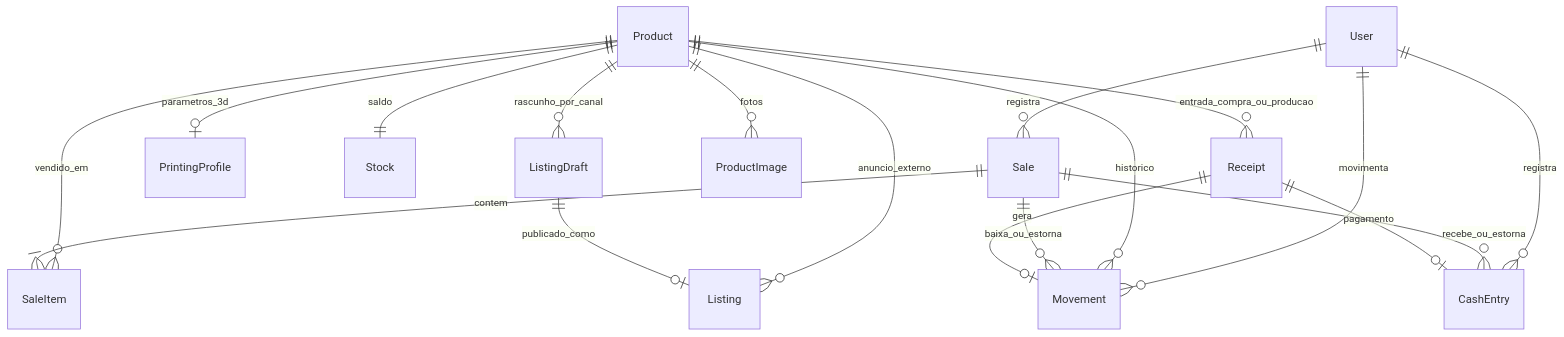
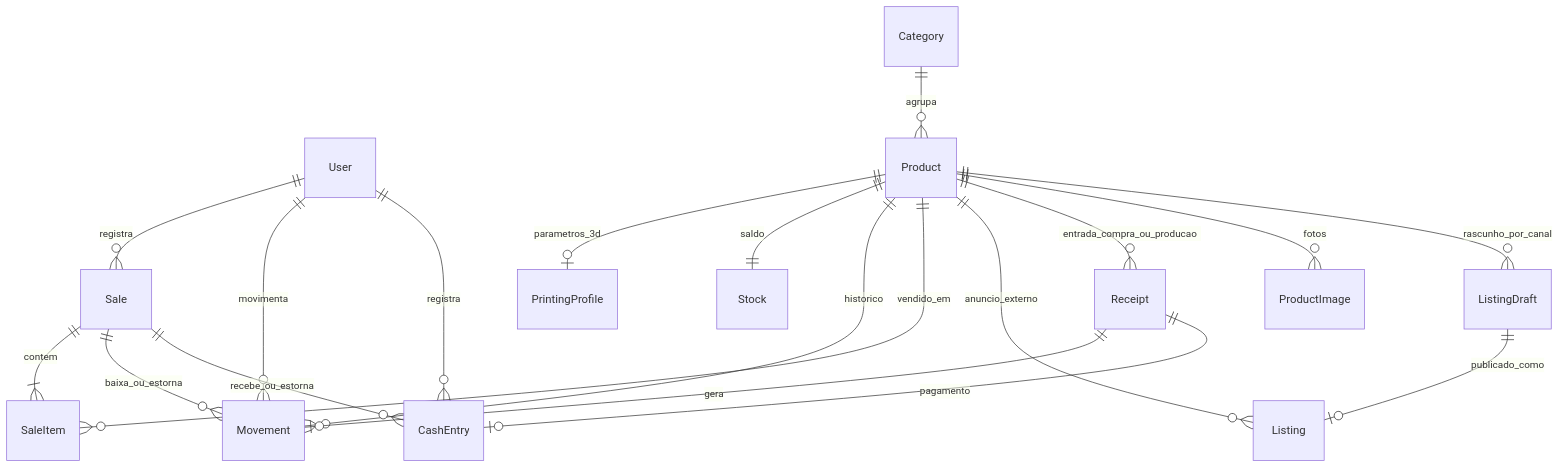
One commit to jpjamal/jalapao-store changed the second of 2 diagrams in docs/architecture.md. Above: the diagram before and after it, drawn with Mermaid. The commit also changed other lines of this file and 35 other files, not shown here.

````diff
--- a/docs/architecture.md
+++ b/docs/architecture.md
@@ -30,20 +30,21 @@
 ```mermaid
 erDiagram
   User ||--o{ Sale : registra
   User ||--o{ Movement : movimenta
   User ||--o{ CashEntry : registra
+  Category ||--o{ Product : agrupa
   Product ||--o| PrintingProfile : parametros_3d
   Product ||--|| Stock : saldo
   Product ||--o{ Movement : historico
   Product ||--o{ SaleItem : vendido_em
   Product ||--o{ Listing : anuncio_externo
   Sale ||--|{ SaleItem : contem
   Sale ||--o{ Movement : baixa_ou_estorna
   Sale ||--o{ CashEntry : recebe_ou_estorna
   Product ||--o{ Receipt : entrada_compra_ou_producao
   Receipt ||--o| Movement : gera
   Receipt ||--o| CashEntry : pagamento
   Product ||--o{ ProductImage : fotos
   Product ||--o{ ListingDraft : rascunho_por_canal
   ListingDraft ||--o| Listing : publicado_como
 ```
````
